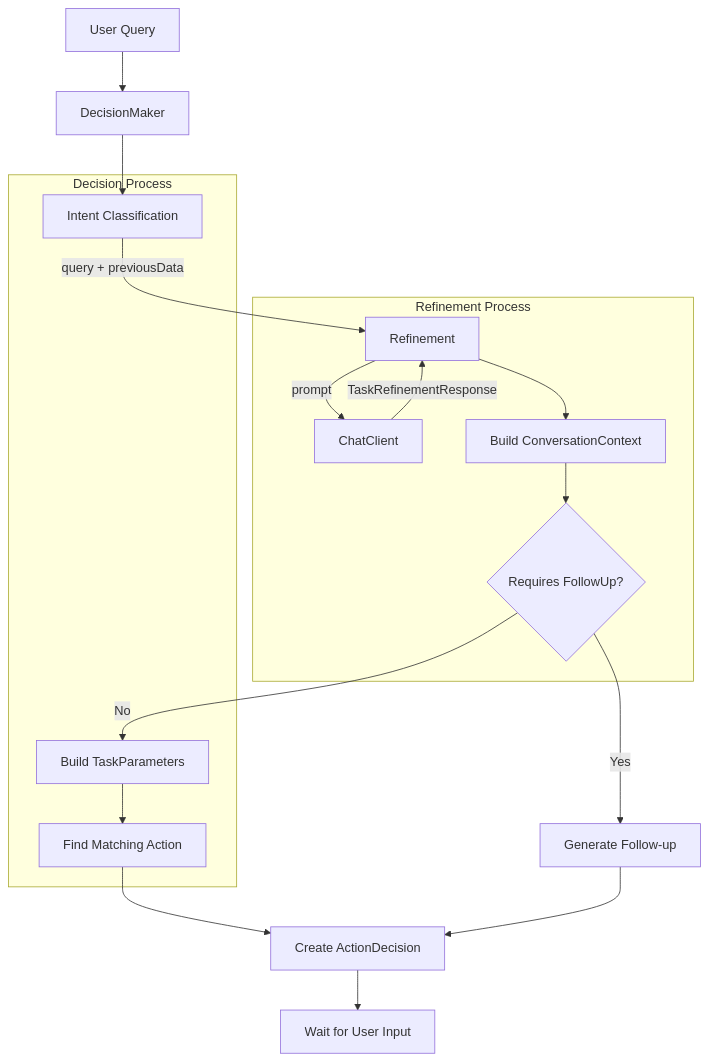
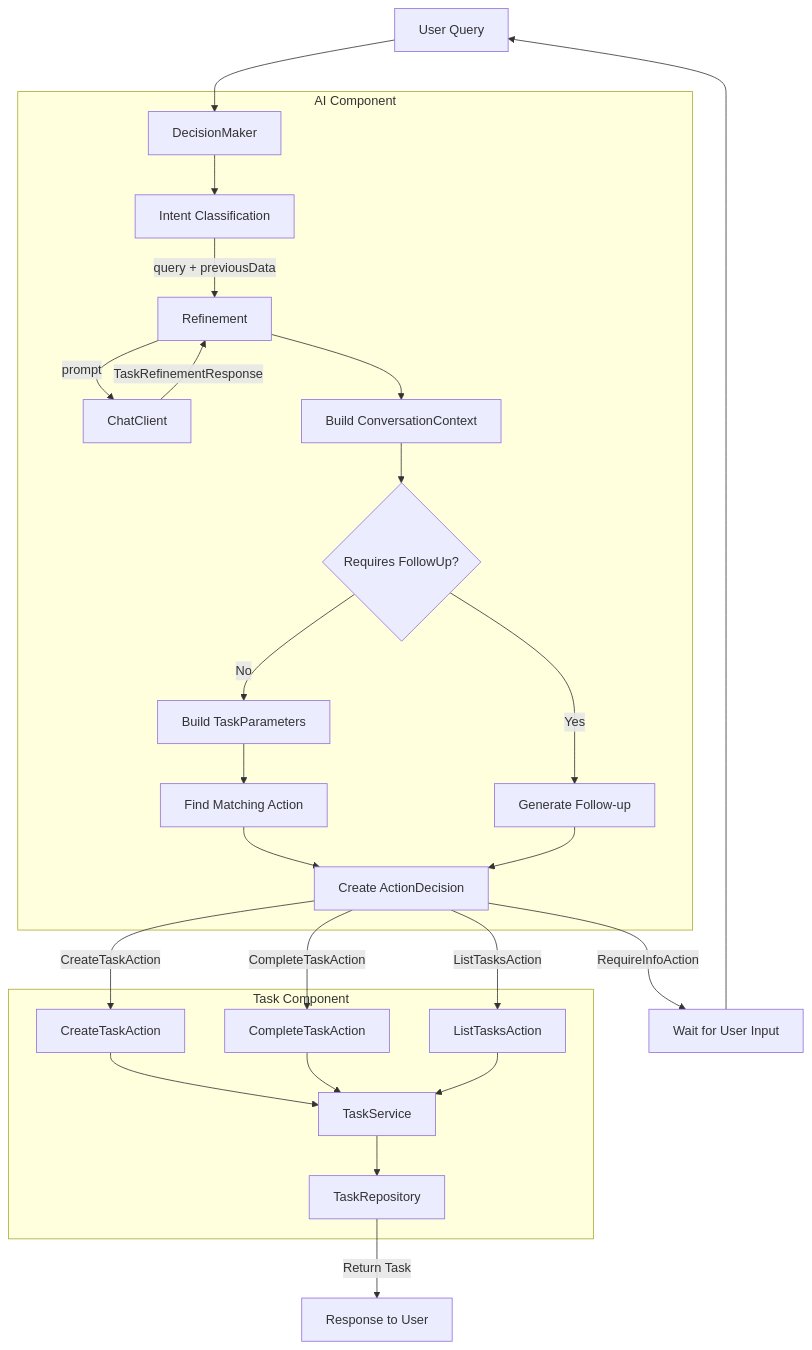
Before and after one commit to adamalsalman75/agent: the diagram in backend/architecture/current.md, drawn with Mermaid. The commit also changed 1 other file, not shown here.

Commit message:
update diagram

````diff
--- a/backend/architecture/current.md
+++ b/backend/architecture/current.md
@@ -62,33 +62,42 @@
 ```mermaid
 graph TD
     Query[User Query] --> Decision[DecisionMaker]
-    Decision --> Intent[Intent Classification]
-    Intent -- "query + previousData" --> Refinement[Refinement]
-    Refinement -- "prompt" --> LLM[ChatClient]
-    LLM -- "TaskRefinementResponse" --> Refinement
     
-    Refinement --> CollectData[Build ConversationContext]
-    CollectData --> Complete{Requires FollowUp?}
-    
-    Complete -->|Yes| FollowUp[Generate Follow-up]
-    Complete -->|No| BuildParams[Build TaskParameters]
-    
-    BuildParams --> Action[Find Matching Action]
-    Action --> ActionDecision[Create ActionDecision]
-    
-    FollowUp --> ActionDecision
-    ActionDecision --> NextQuery[Wait for User Input]
-    
-    subgraph "Refinement Process"
-        Refinement
-        LLM
-        CollectData
-        Complete
+    subgraph "AI Component"
+        Decision --> Intent[Intent Classification]
+        Intent -- "query + previousData" --> Refinement[Refinement]
+        Refinement -- "prompt" --> LLM[ChatClient]
+        LLM -- "TaskRefinementResponse" --> Refinement
+        
+        Refinement --> CollectData[Build ConversationContext]
+        CollectData --> Complete{Requires FollowUp?}
+        
+        Complete -->|Yes| FollowUp[Generate Follow-up]
+        Complete -->|No| BuildParams[Build TaskParameters]
+        
+        BuildParams --> Action[Find Matching Action]
+        Action --> ActionDecision[Create ActionDecision]
+        FollowUp --> ActionDecision
     end
     
-    subgraph "Decision Process"
-        Intent
-        BuildParams
-        Action
+    subgraph "Task Component"
+        CreateAction[CreateTaskAction]
+        CompleteAction[CompleteTaskAction] 
+        ListAction[ListTasksAction]
+        TaskService[TaskService]
+        Repository[TaskRepository]
+        
+        CreateAction --> TaskService
+        CompleteAction --> TaskService
+        ListAction --> TaskService
+        TaskService --> Repository
     end
+    
+    ActionDecision -->|RequireInfoAction| NextQuery[Wait for User Input]
+    ActionDecision -->|CreateTaskAction| CreateAction
+    ActionDecision -->|CompleteTaskAction| CompleteAction
+    ActionDecision -->|ListTasksAction| ListAction
+    
+    Repository -->|Return Task| Response[Response to User]
+    NextQuery --> Query
 ```
````
